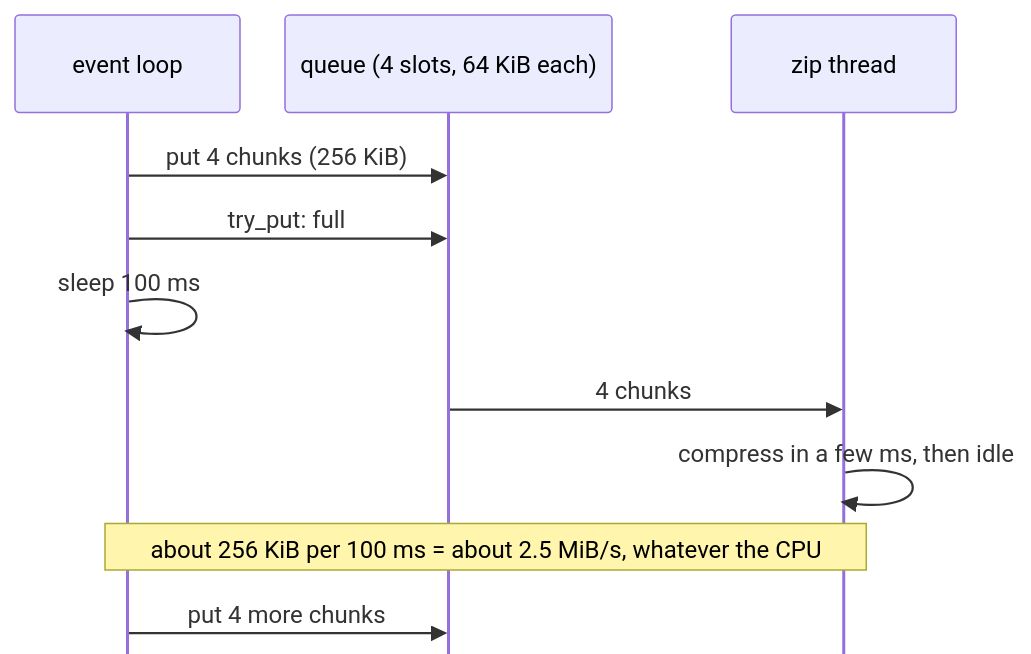
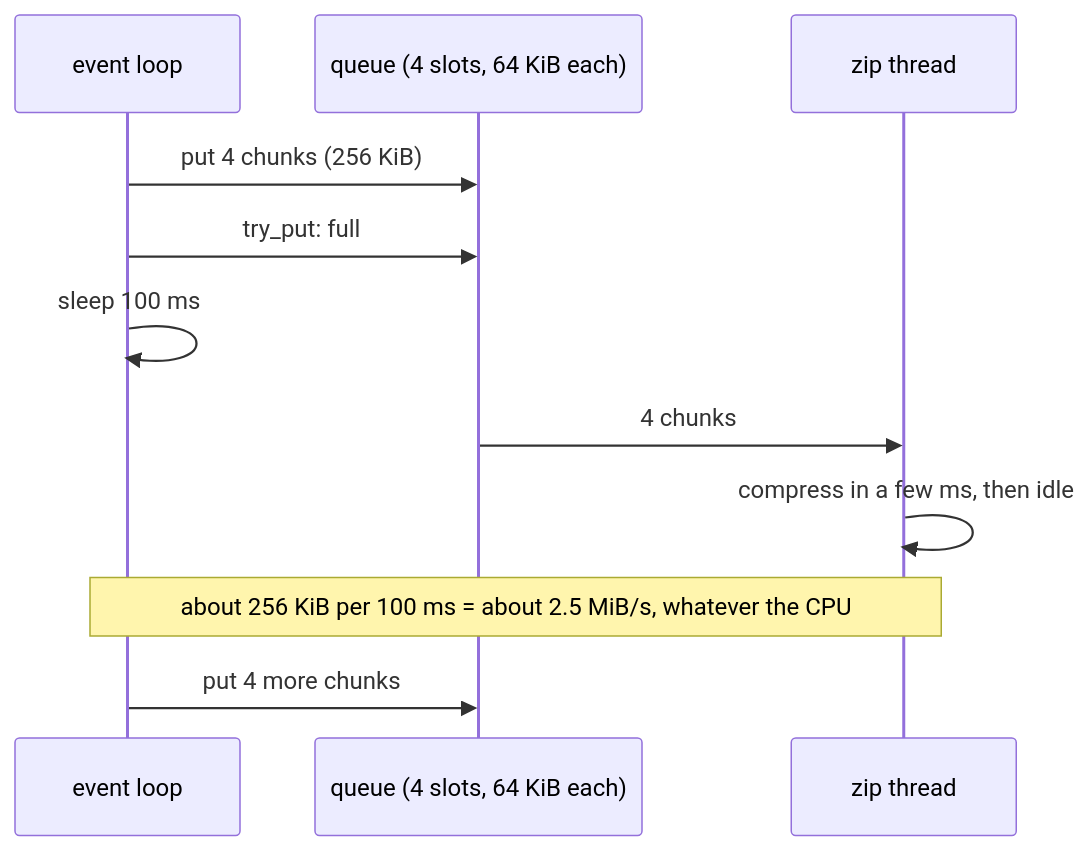
Before and after one commit to zip-agents/api-gateway: diagram 14 of 21 in README.md, drawn with Mermaid. The commit also changed other lines of this file and 1 other file, not shown here.

````diff
--- a/README.md
+++ b/README.md
@@ -573,14 +624,13 @@
 ```mermaid
-%%{init: {"themeVariables": {"fontSize": "13px"}, "sequence": {"mirrorActors": false, "actorMargin": 30, "boxMargin": 4, "messageMargin": 22, "noteMargin": 6, "diagramMarginY": 4}}}%%
 sequenceDiagram
     participant L as event loop
     participant Q as queue (4 slots, 64 KiB each)
     participant W as zip thread
     L->>Q: put 4 chunks (256 KiB)
     L->>Q: try_put: full
     L->>L: sleep 100 ms
     Q->>W: 4 chunks
     W->>W: compress in a few ms, then idle
     Note over L,W: about 256 KiB per 100 ms = about 2.5 MiB/s, whatever the CPU
     L->>Q: put 4 more chunks
 ```
````
